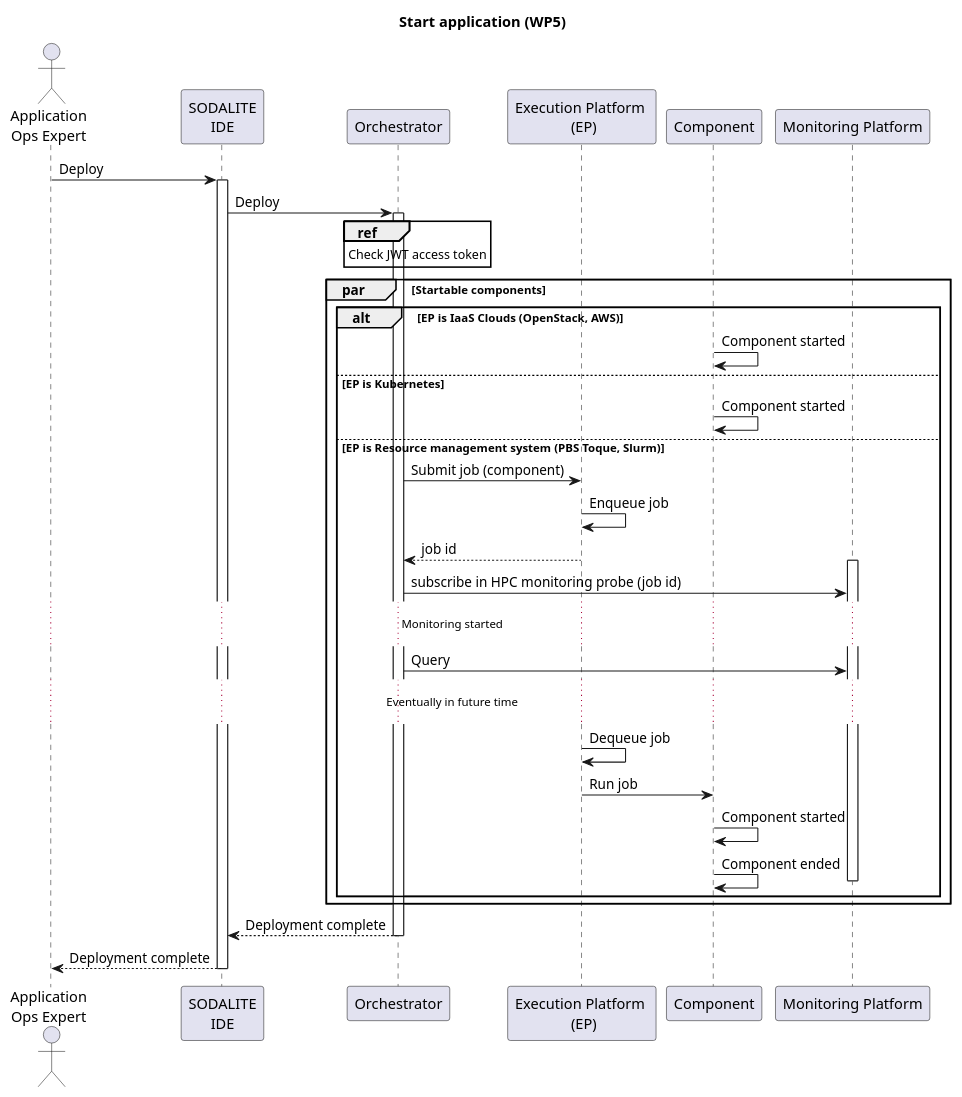
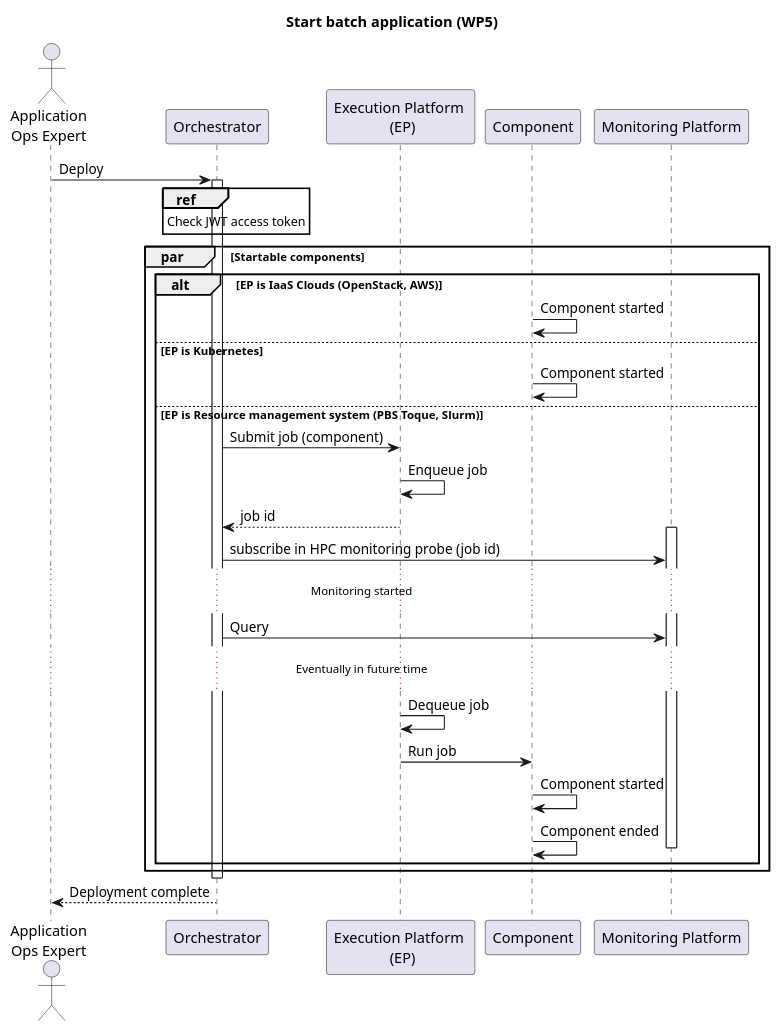
The diagram in uml/sequence-diagrams/UC-07-StartApplication-WP5.puml (SODALITE-EU/project-wide-documentation), drawn with PlantUML before and after one commit. The commit also changed 1 other file, not shown here.

Commit message:
d2.3: UC7 workflow simplified - IDE role removed

```diff
--- a/uml/sequence-diagrams/UC-07-StartApplication-WP5.puml
+++ b/uml/sequence-diagrams/UC-07-StartApplication-WP5.puml
@@ -1,47 +1,40 @@
 @startuml
 
-title Start application (WP5)
+title Start batch application (WP5)
 
 actor "Application\nOps Expert" as ops
-participant "SODALITE\nIDE" as ide
 participant  Orchestrator as orch
 participant "Execution Platform \n (EP)" as res
 participant "Component" as lre
 participant "Monitoring Platform" as mon
 
-ops->ide: Deploy
-activate ide
-ide->orch: Deploy
+ops->orch: Deploy
 activate orch
 ref over orch: Check JWT access token
 par Startable components
   alt EP is IaaS Clouds (OpenStack, AWS)
     lre->lre: Component started
   else EP is Kubernetes
     lre->lre: Component started
   else  EP is Resource management system (PBS Toque, Slurm)
     orch->res: Submit job (component)
     res->res: Enqueue job
     orch<--res: job id
     activate mon
     orch->mon: subscribe in HPC monitoring probe (job id)
     ...Monitoring started...
     orch->mon: Query
     ... Eventually in future time ...
     res->res: Dequeue job
     res->lre: Run job
     lre->lre: Component started
     lre->lre: Component ended
     deactivate mon
   end
 
 end
 
-
-
-orch-->ide: Deployment complete
 deactivate orch
-ide-->ops: Deployment complete
-deactivate ide
+orch-->ops: Deployment complete
 
 @enduml
```
